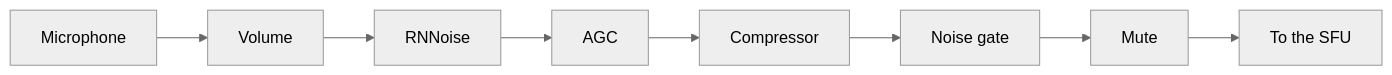
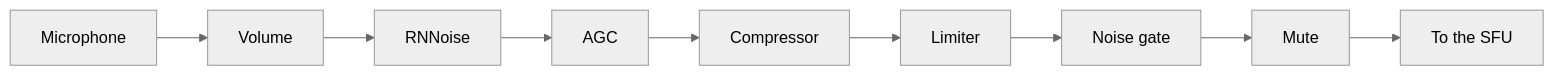
One commit to Gryt-chat/docs changed the diagram in content/docs/use/audio.mdx. Above: the diagram before and after it, drawn with Mermaid (neutral theme). The commit also changed other lines of this file and 10 other files, not shown here.

````diff
--- a/content/docs/use/audio.mdx
+++ b/content/docs/use/audio.mdx
@@ -13,10 +13,11 @@
 ```mermaid
 graph LR
   Mic["Microphone"] --> Vol["Volume"]
   Vol --> RNN["RNNoise"]
   RNN --> AGC["AGC"]
   AGC --> Comp["Compressor"]
-  Comp --> Gate["Noise gate"]
+  Comp --> Lim["Limiter"]
+  Lim --> Gate["Noise gate"]
   Gate --> Mute["Mute"]
   Mute --> Out["To the SFU"]
 ```
````
